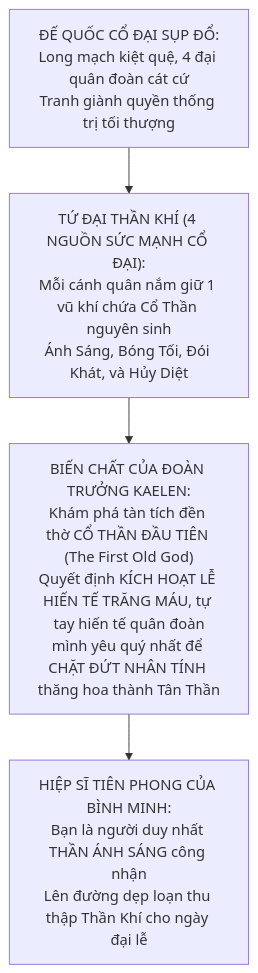
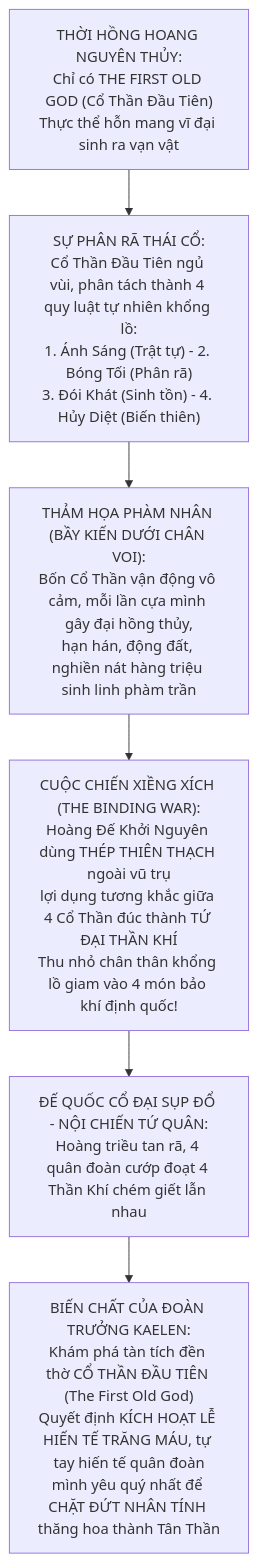
Before and after one commit to FPTU-Felix/GODSHACKLE: the first of 4 diagrams in KICH_BAN_VA_COT_TRUYEN.md, drawn with Mermaid. The commit also changed other lines of this file and 5 other files, not shown here.

````diff
--- a/KICH_BAN_VA_COT_TRUYEN.md
+++ b/KICH_BAN_VA_COT_TRUYEN.md
@@ -14,7 +14,9 @@
 ```mermaid
 flowchart TD
-    A["ĐẾ QUỐC CỔ ĐẠI SỤP ĐỔ:\nLong mạch kiệt quệ, 4 đại quân đoàn cát cứ\nTranh giành quyền thống trị tối thượng"] 
-    --> B["TỨ ĐẠI THẦN KHÍ (4 NGUỒN SỨC MẠNH CỔ ĐẠI):\nMỗi cánh quân nắm giữ 1 vũ khí chứa Cổ Thần nguyên sinh\nÁnh Sáng, Bóng Tối, Đói Khát, và Hủy Diệt"]
-    B --> C["BIẾN CHẤT CỦA ĐOÀN TRƯỞNG KAELEN:\nKhám phá tàn tích đền thờ CỔ THẦN ĐẦU TIÊN (The First Old God)\nQuyết định KÍCH HOẠT LỄ HIẾN TẾ TRĂNG MÁU, tự tay hiến tế quân đoàn\nmình yêu quý nhất để CHẶT ĐỨT NHÂN TÍNH thăng hoa thành Tân Thần"]
-    C --> D["HIỆP SĨ TIÊN PHONG CỦA BÌNH MINH:\nBạn là người duy nhất THẦN ÁNH SÁNG công nhận\nLên đường dẹp loạn thu thập Thần Khí cho ngày đại lễ"]
+    A["THỜI HỒNG HOANG NGUYÊN THỦY:\nChỉ có THE FIRST OLD GOD (Cổ Thần Đầu Tiên)\nThực thể hỗn mang vĩ đại sinh ra vạn vật"] 
+    --> B["SỰ PHÂN RÃ THÁI CỔ:\nCổ Thần Đầu Tiên ngủ vùi, phân tách thành 4 quy luật tự nhiên khổng lồ:\n1. Ánh Sáng (Trật tự) - 2. Bóng Tối (Phân rã)\n3. Đói Khát (Sinh tồn) - 4. Hủy Diệt (Biến thiên)"]
+    B --> C["THẢM HỌA PHÀM NHÂN (BẦY KIẾN DƯỚI CHÂN VOI):\nBốn Cổ Thần vận động vô cảm, mỗi lần cựa mình gây đại hồng thủy,\nhạn hán, động đất, nghiền nát hàng triệu sinh linh phàm trần"]
+    C --> D["CUỘC CHIẾN XIỀNG XÍCH (THE BINDING WAR):\nHoàng Đế Khởi Nguyên dùng THÉP THIÊN THẠCH ngoài vũ trụ\nlợi dụng tương khắc giữa 4 Cổ Thần đúc thành TỨ ĐẠI THẦN KHÍ\nThu nhỏ chân thân khổng lồ giam vào 4 món bảo khí định quốc!"]
+    D --> E["ĐẾ QUỐC CỔ ĐẠI SỤP ĐỔ - NỘI CHIẾN TỨ QUÂN:\nHoàng triều tan rã, 4 quân đoàn cướp đoạt 4 Thần Khí chém giết lẫn nhau"]
+    E --> F["BIẾN CHẤT CỦA ĐOÀN TRƯỞNG KAELEN:\nKhám phá tàn tích đền thờ CỔ THẦN ĐẦU TIÊN (The First Old God)\nQuyết định KÍCH HOẠT LỄ HIẾN TẾ TRĂNG MÁU, tự tay hiến tế quân đoàn\nmình yêu quý nhất để CHẶT ĐỨT NHÂN TÍNH thăng hoa thành Tân Thần"]
 ```
````
